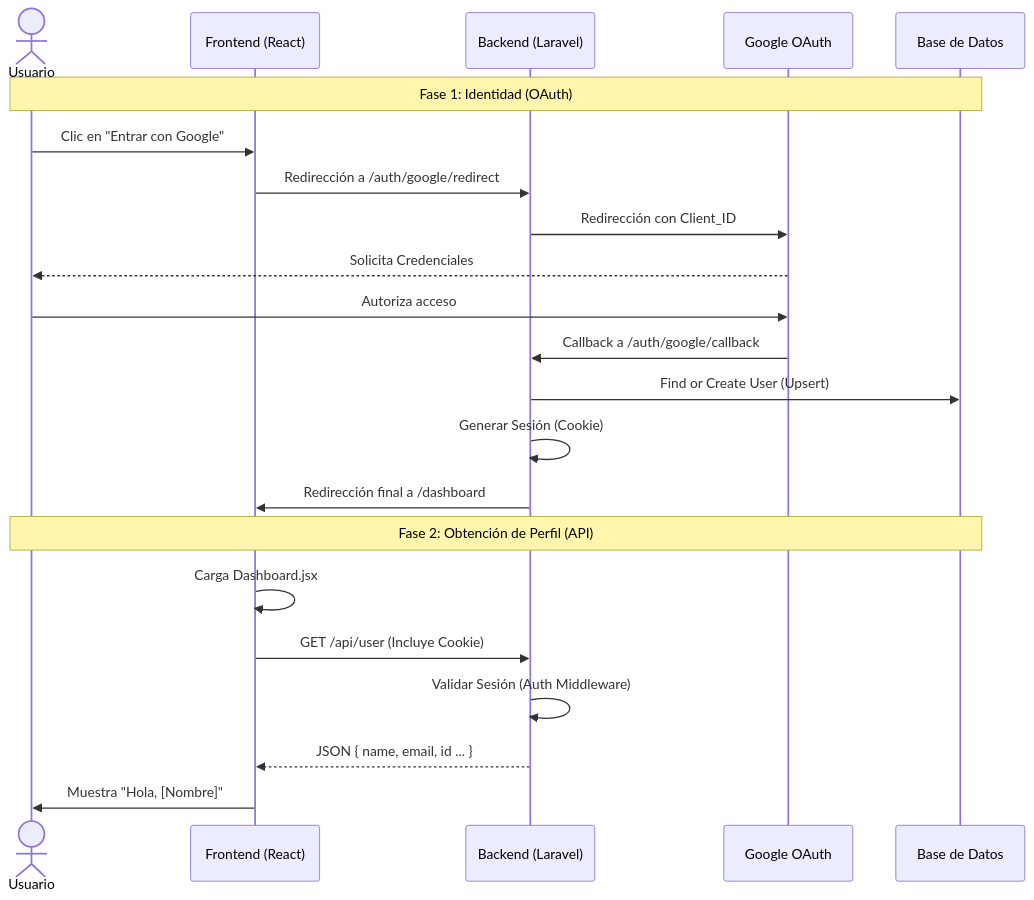
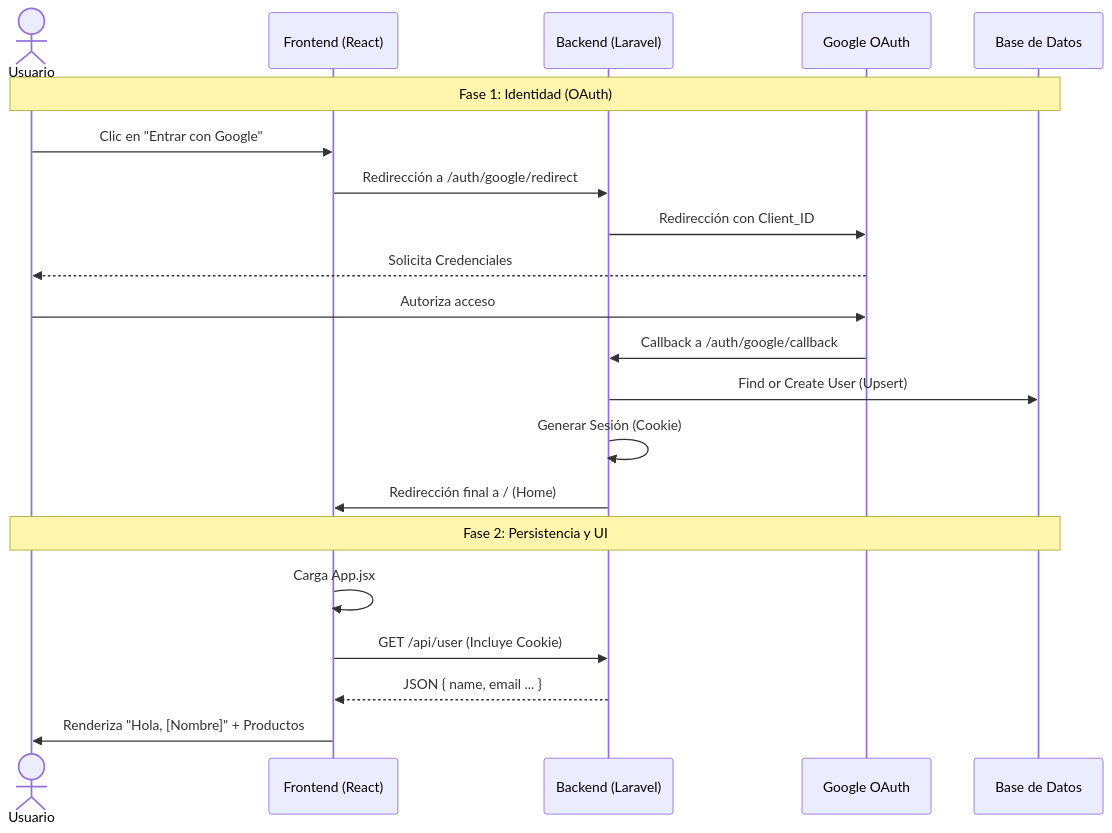
One commit to angellopezlinan/aicor-shop-fullstack changed the diagram in README.md. Above: the diagram before and after it, drawn with Mermaid. The commit also changed other lines of this file and 4 other files, not shown here.

Commit message:
feat: complete shopping cart with persistence, secure auth flow, and updated docs

````diff
--- a/README.md
+++ b/README.md
@@ -101,26 +100,25 @@
 ```mermaid
 sequenceDiagram
     actor User as Usuario
     participant FE as Frontend (React)
     participant BE as Backend (Laravel)
     participant Google as Google OAuth
     participant DB as Base de Datos
 
     Note over User, DB: Fase 1: Identidad (OAuth)
     User->>FE: Clic en "Entrar con Google"
     FE->>BE: Redirección a /auth/google/redirect
     BE->>Google: Redirección con Client_ID
     Google-->>User: Solicita Credenciales
     User->>Google: Autoriza acceso
     Google->>BE: Callback a /auth/google/callback
     BE->>DB: Find or Create User (Upsert)
     BE->>BE: Generar Sesión (Cookie)
-    BE->>FE: Redirección final a /dashboard
+    BE->>FE: Redirección final a / (Home)
 
-    Note over User, DB: Fase 2: Obtención de Perfil (API)
-    FE->>FE: Carga Dashboard.jsx
+    Note over User, DB: Fase 2: Persistencia y UI
+    FE->>FE: Carga App.jsx
     FE->>BE: GET /api/user (Incluye Cookie)
-    BE->>BE: Validar Sesión (Auth Middleware)
-    BE-->>FE: JSON { name, email, id ... }
-    FE->>User: Muestra "Hola, [Nombre]"
+    BE-->>FE: JSON { name, email ... }
+    FE->>User: Renderiza "Hola, [Nombre]" + Productos
 ```
````
